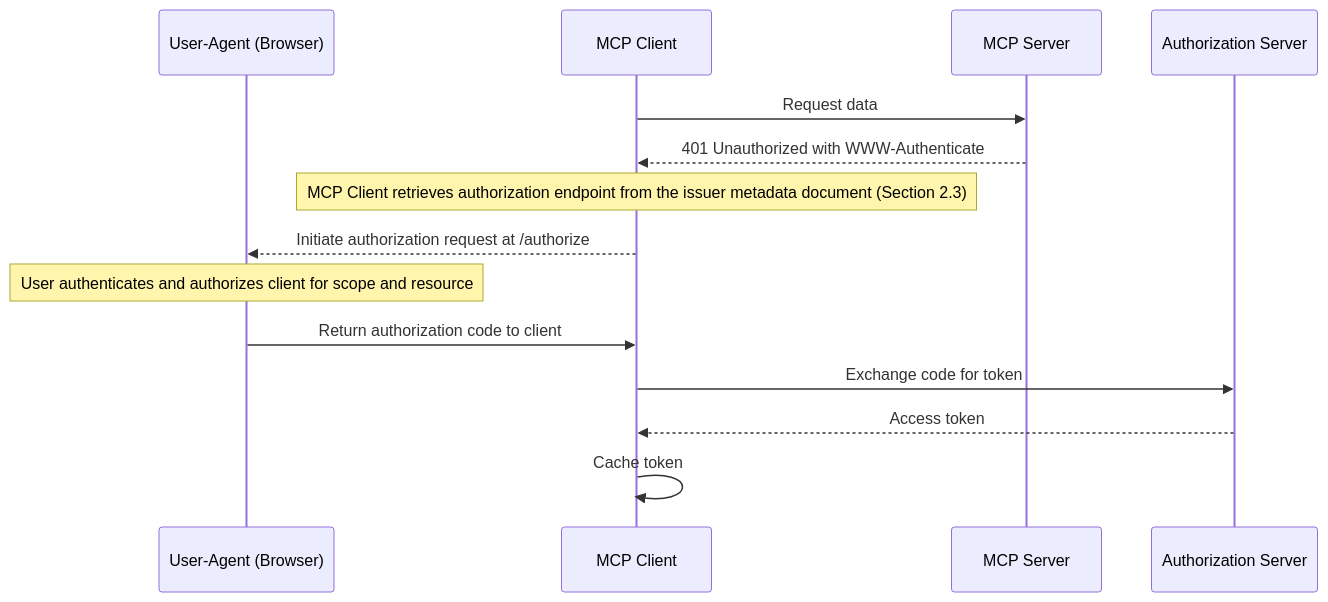
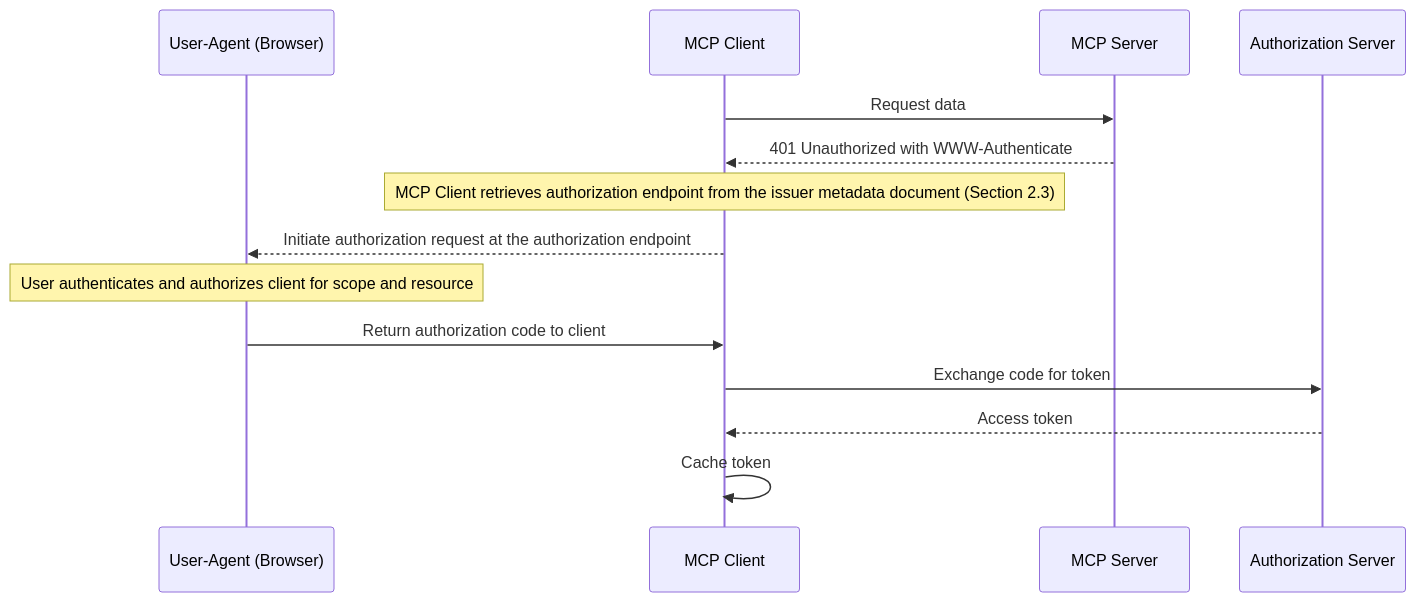
One commit to pcarleton/specification changed the second of 4 diagrams in docs/specification/2025-03-26/basic/authorization.mdx. Above: the diagram before and after it, drawn with Mermaid.

````diff
--- a/docs/specification/2025-03-26/basic/authorization.mdx
+++ b/docs/specification/2025-03-26/basic/authorization.mdx
@@ -203,17 +203,17 @@
 ```mermaid
 sequenceDiagram
     participant UA as User-Agent (Browser)
     participant MC as MCP Client
     participant MS as MCP Server
     participant AUTHZS as Authorization Server
 
     MC->>MS: Request data
     MS-->>MC: 401 Unauthorized with WWW-Authenticate
     Note over MC: MCP Client retrieves authorization endpoint from the issuer metadata document (Section 2.3)
-    MC-->>UA: Initiate authorization request at /authorize
+    MC-->>UA: Initiate authorization request at the authorization endpoint
     Note over UA: User authenticates and authorizes client for scope and resource
     UA->>MC: Return authorization code to client
     MC->>AUTHZS: Exchange code for token
     AUTHZS-->>MC: Access token
     MC->>MC: Cache token
 ```
````
